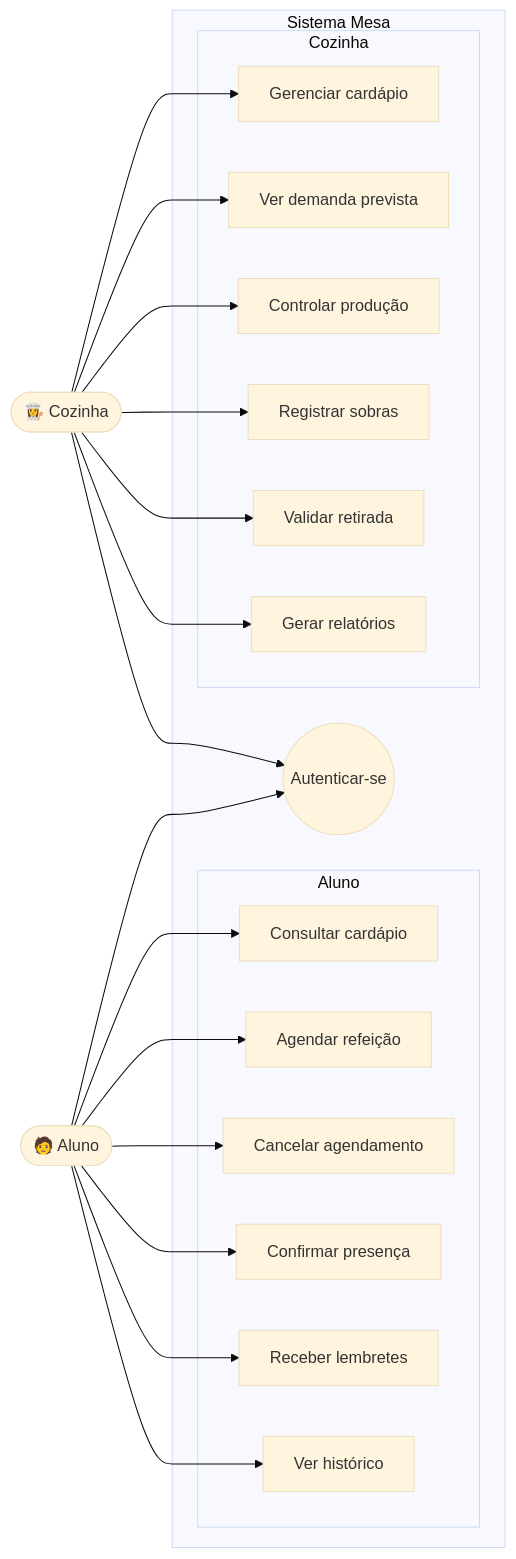
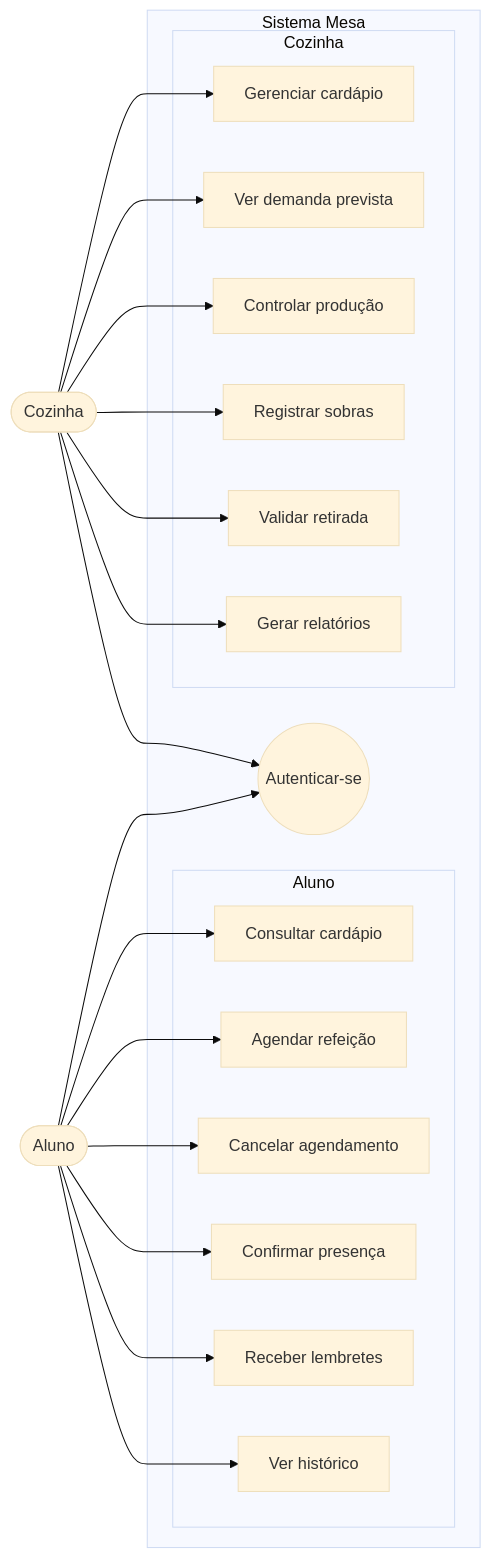
Before and after one commit to isabella-ss/Mesa-ja: the first of 4 diagrams in ReadME.md, drawn with Mermaid (base theme). The commit also changed other lines of this file, not shown here.

````diff
--- a/ReadME.md
+++ b/ReadME.md
@@ -82,28 +82,28 @@
 ```mermaid
 flowchart LR
-    A([🧑 Aluno])
-    C([👩‍🍳 Cozinha])
+    A([ Aluno])
+    C([ Cozinha])
     subgraph Sistema Mesa
         AUTH((Autenticar-se))
         subgraph Aluno
             U1[Consultar cardápio]
             U2[Agendar refeição]
             U3[Cancelar agendamento]
             U4[Confirmar presença]
             U5[Receber lembretes]
             U6[Ver histórico]
         end
         subgraph Cozinha
             K1[Gerenciar cardápio]
             K2[Ver demanda prevista]
             K3[Controlar produção]
             K4[Registrar sobras]
             K5[Validar retirada]
             K6[Gerar relatórios]
         end
     end
     A --> AUTH
     C --> AUTH
     A --> U1 & U2 & U3 & U4 & U5 & U6
     C --> K1 & K2 & K3 & K4 & K5 & K6
 ```
````
